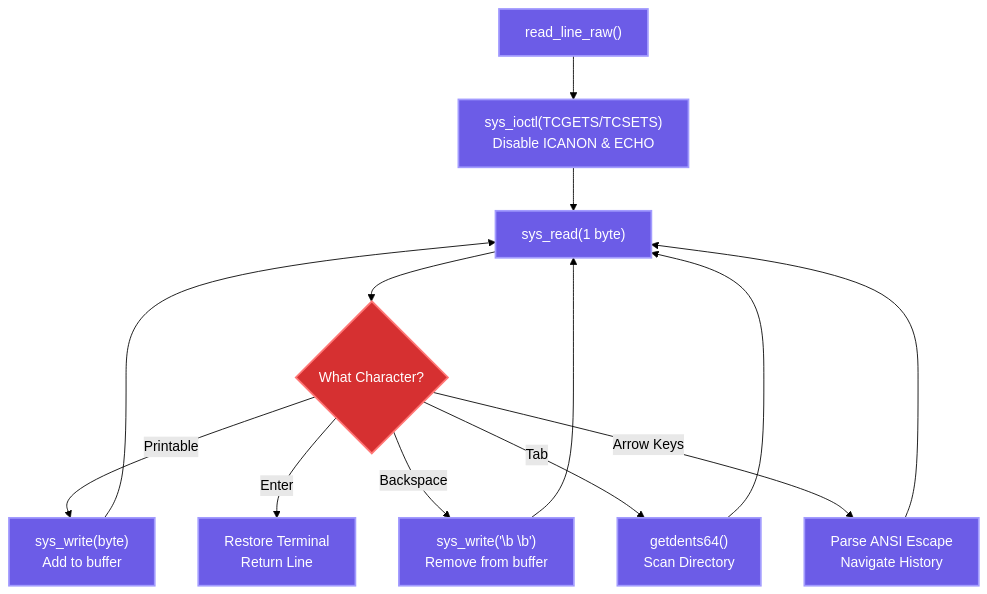
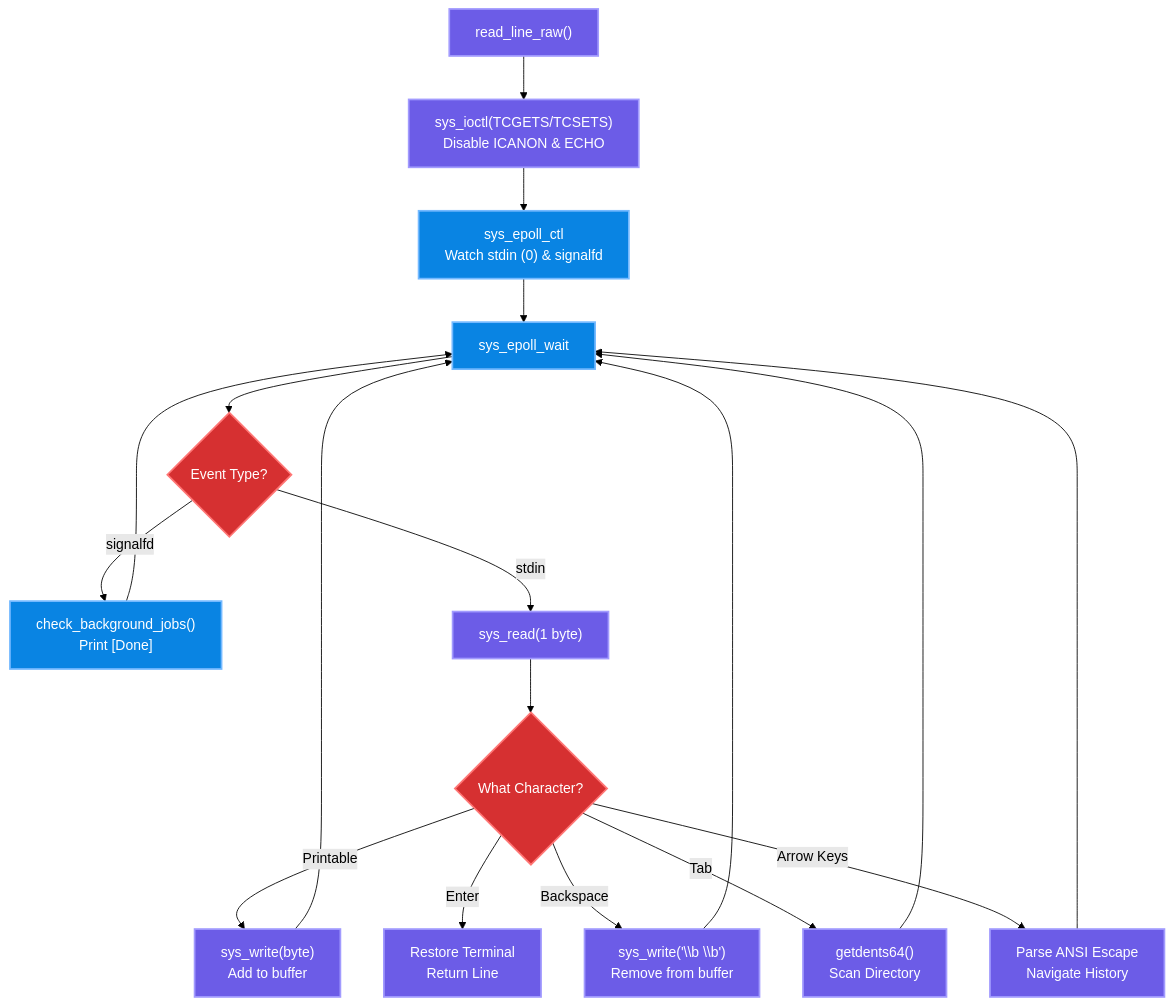
The seventh of 11 diagrams in README.md (Rohitbansaldeveloper/Linux-POSIX-Shell-Implementation-Using-System-Calls-in-C), drawn with Mermaid (forest theme) before and after one commit. The commit also changed 9 other files, not shown here.

Commit message:
Implement Phase 2: signalfd multiplexing in terminal and update flowchart

````diff
--- a/README.md
+++ b/README.md
@@ -194,20 +194,28 @@
 ```mermaid
 flowchart TD
     classDef term fill:#6c5ce7,stroke:#a29bfe,stroke-width:2px,color:#fff;
     classDef dec fill:#d63031,stroke:#ff7675,stroke-width:2px,color:#fff;
+    classDef sys fill:#0984e3,stroke:#74b9ff,stroke-width:2px,color:#fff;
 
     Start["read_line_raw()"]:::term --> DisableCanon["sys_ioctl(TCGETS/TCSETS)<br/>Disable ICANON & ECHO"]:::term
-    DisableCanon --> Loop["sys_read(1 byte)"]:::term
-    Loop --> CheckChar{"What Character?"}:::dec
+    DisableCanon --> EpollSetup["sys_epoll_ctl<br/>Watch stdin (0) & signalfd"]:::sys
+    EpollSetup --> Wait["sys_epoll_wait"]:::sys
+    
+    Wait --> CheckEvent{"Event Type?"}:::dec
+    CheckEvent -->|"signalfd"| Reap["check_background_jobs()<br/>Print [Done]"]:::sys
+    Reap --> Wait
+    
+    CheckEvent -->|"stdin"| ReadKey["sys_read(1 byte)"]:::term
+    ReadKey --> CheckChar{"What Character?"}:::dec
     
     CheckChar -->|"Printable"| Echo["sys_write(byte)<br/>Add to buffer"]:::term
     CheckChar -->|"Enter"| End["Restore Terminal<br/>Return Line"]:::term
-    CheckChar -->|"Backspace"| Del["sys_write('\b \b')<br/>Remove from buffer"]:::term
+    CheckChar -->|"Backspace"| Del["sys_write('\\b \\b')<br/>Remove from buffer"]:::term
     CheckChar -->|"Tab"| AutoComp["getdents64()<br/>Scan Directory"]:::term
     CheckChar -->|"Arrow Keys"| ANSI["Parse ANSI Escape<br/>Navigate History"]:::term
     
-    Echo --> Loop
-    Del --> Loop
-    AutoComp --> Loop
-    ANSI --> Loop
+    Echo --> Wait
+    Del --> Wait
+    AutoComp --> Wait
+    ANSI --> Wait
 ```
````
